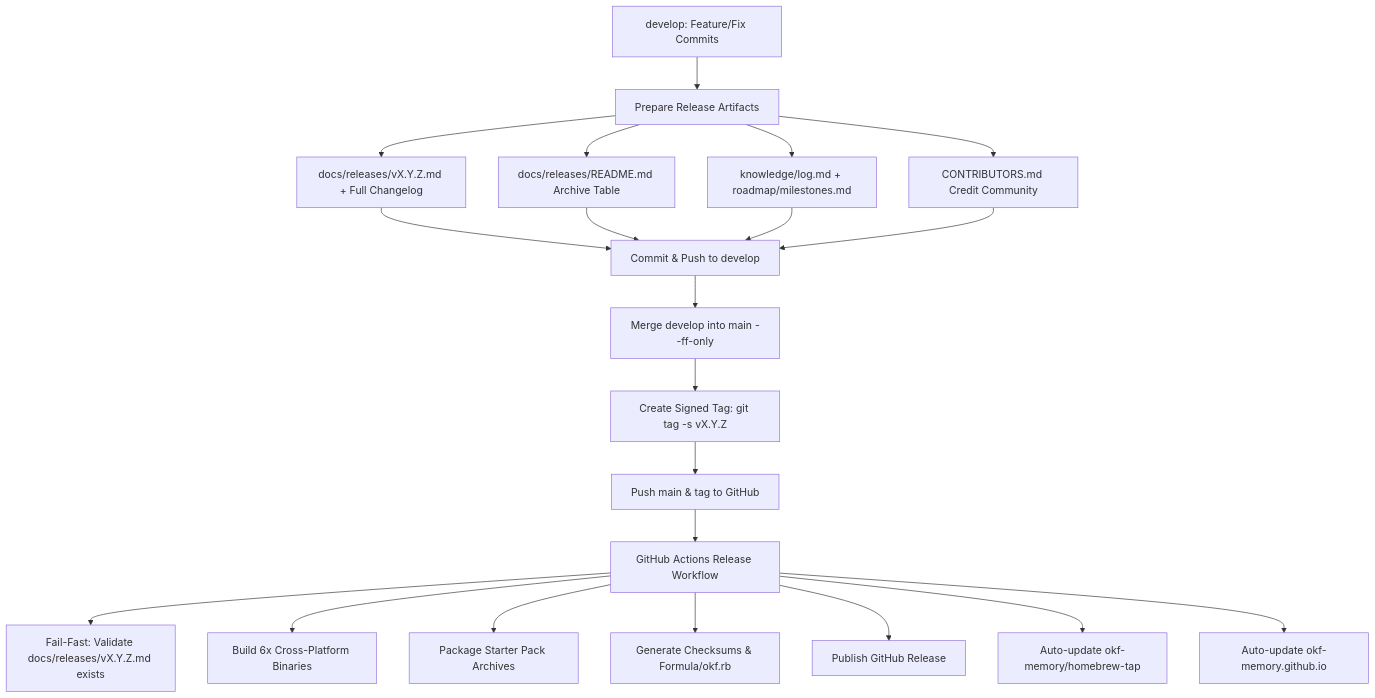
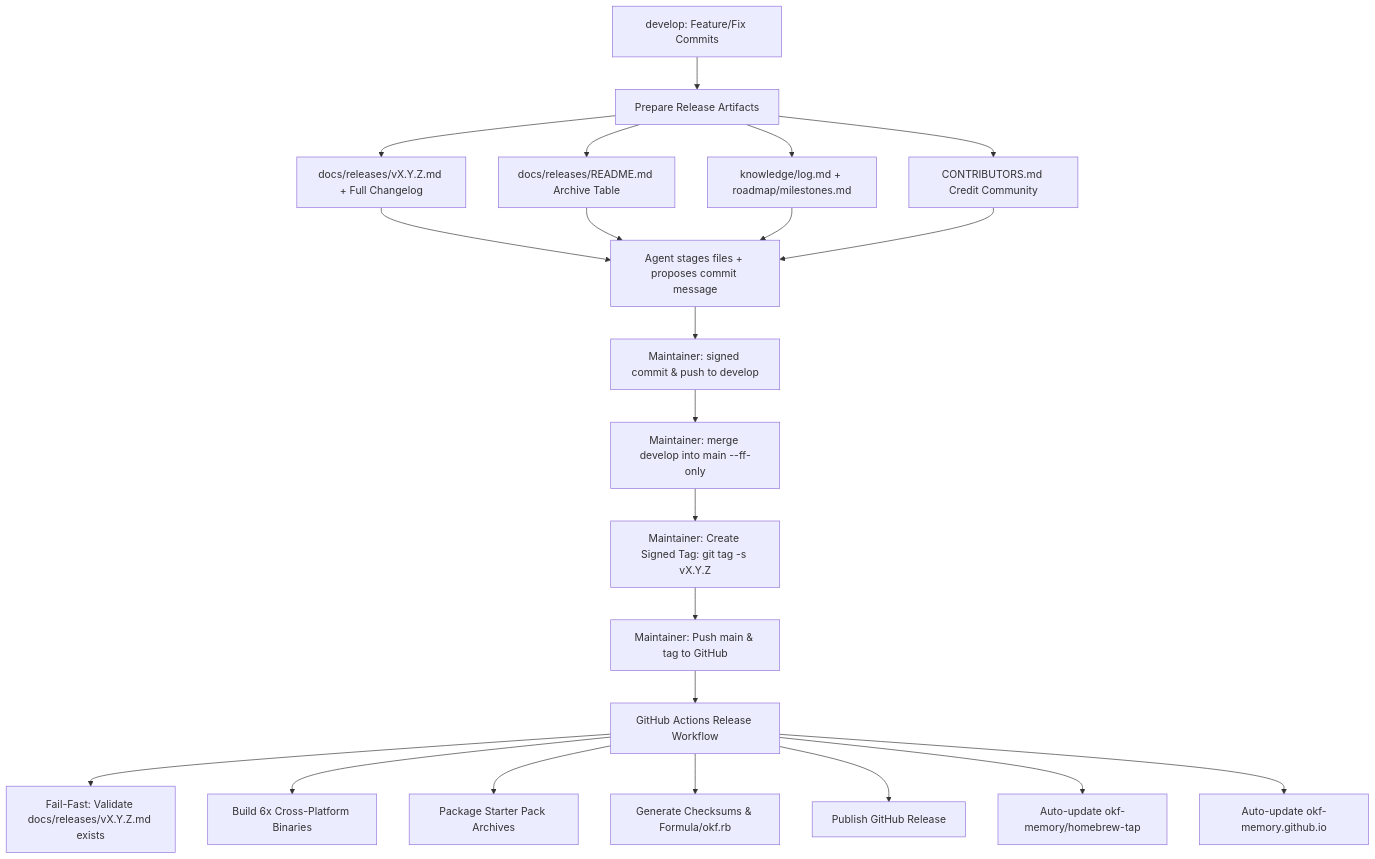
The diagram in docs/project/playbooks/RELEASE_PLAYBOOK.md (cdcore09/okf-agent-memory), drawn with Mermaid before and after one commit. The commit also changed other lines of this file and 8 other files, not shown here.

````diff
--- a/docs/project/playbooks/RELEASE_PLAYBOOK.md
+++ b/docs/project/playbooks/RELEASE_PLAYBOOK.md
@@ -11,20 +11,21 @@
 ```mermaid
 flowchart TD
     A[develop: Feature/Fix Commits] --> B[Prepare Release Artifacts]
     B --> C["docs/releases/vX.Y.Z.md + Full Changelog"]
     B --> D["docs/releases/README.md Archive Table"]
     B --> E["knowledge/log.md + roadmap/milestones.md"]
     B --> F["CONTRIBUTORS.md Credit Community"]
-    C & D & E & F --> G["Commit & Push to develop"]
-    G --> H["Merge develop into main --ff-only"]
-    H --> I["Create Signed Tag: git tag -s vX.Y.Z"]
-    I --> J["Push main & tag to GitHub"]
+    C & D & E & F --> S["Agent stages files + proposes commit message"]
+    S --> G["Maintainer: signed commit & push to develop"]
+    G --> H["Maintainer: merge develop into main --ff-only"]
+    H --> I["Maintainer: Create Signed Tag: git tag -s vX.Y.Z"]
+    I --> J["Maintainer: Push main & tag to GitHub"]
     J --> K[GitHub Actions Release Workflow]
     K --> L["Fail-Fast: Validate docs/releases/vX.Y.Z.md exists"]
     K --> M[Build 6x Cross-Platform Binaries]
     K --> N[Package Starter Pack Archives]
     K --> O[Generate Checksums & Formula/okf.rb]
     K --> P[Publish GitHub Release]
     K --> Q[Auto-update okf-memory/homebrew-tap]
     K --> R[Auto-update okf-memory.github.io]
 ```
````
